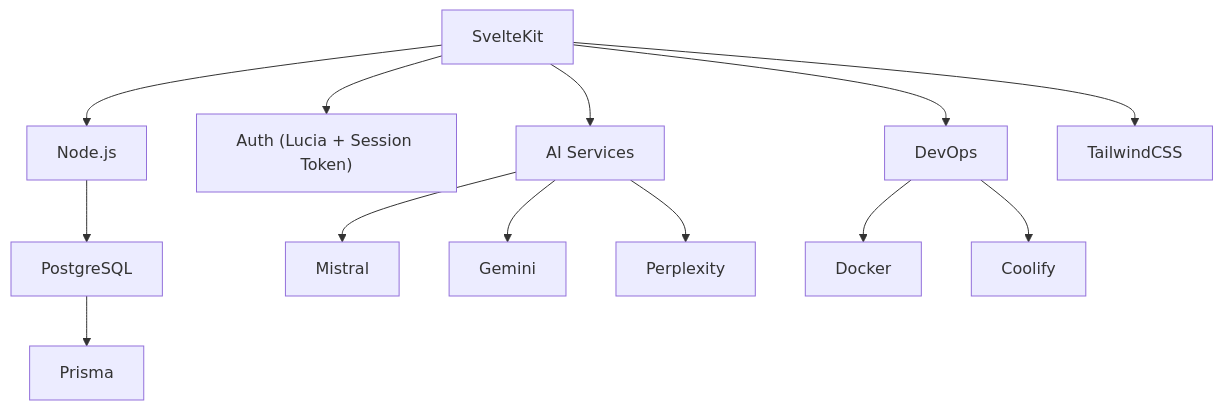
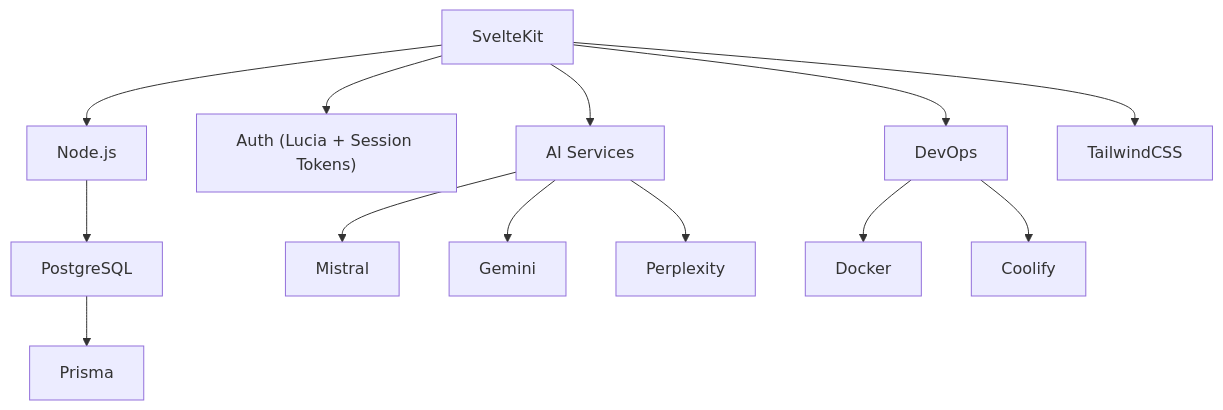
Before and after one commit to lowkey-dev21/Idea_lens-BE: the seventh of 7 diagrams in README.md, drawn with Mermaid. The commit also changed other lines of this file, not shown here.

Commit message:
fix: refine README formatting and update session token references for consistency

````diff
--- a/README.md
+++ b/README.md
@@ -194,15 +190,15 @@
 ```mermaid
 graph TD
     SK["SvelteKit"] --> NJ["Node.js"]
     NJ --> PG["PostgreSQL"]
     PG --> PR["Prisma"]
-    SK --> AU["Auth (Lucia + Session Token)"]
+    SK --> AU["Auth (Lucia + Session Tokens)"]
     SK --> AIS["AI Services"]
     AIS --> MI["Mistral"]
     AIS --> GE["Gemini"]
     AIS --> PE["Perplexity"]
     SK --> DO["DevOps"]
     DO --> DK["Docker"]
     DO --> CF["Coolify"]
     SK --> TW["TailwindCSS"]
 ```
````
